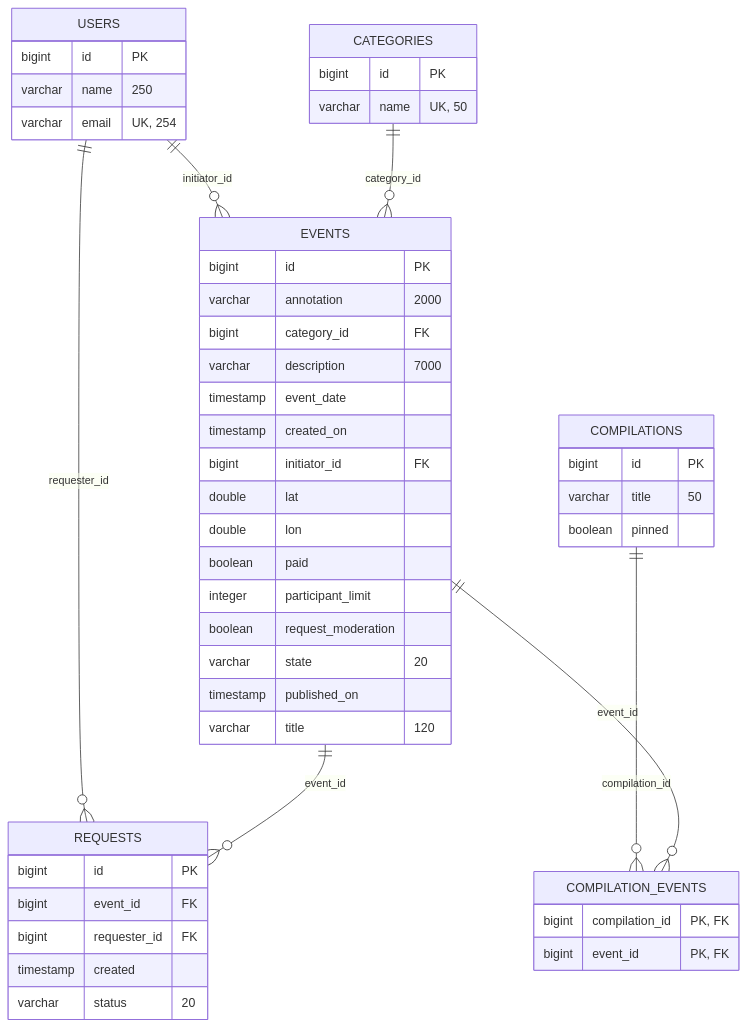
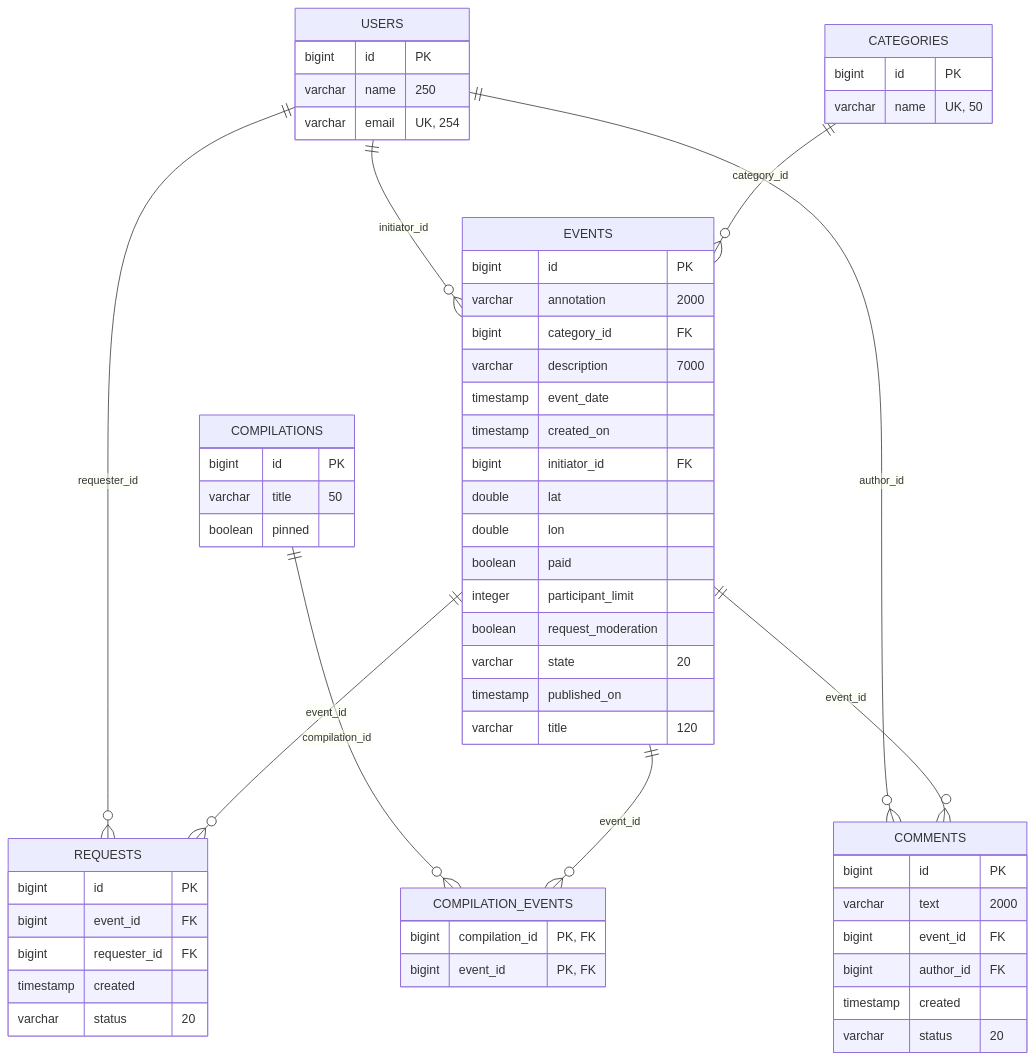
The first of 2 diagrams in README.md (bratanovvv/java-explore-with-me-plus), drawn with Mermaid before and after one commit. The commit also changed other lines of this file and 8 other files, not shown here.

````diff
--- a/README.md
+++ b/README.md
@@ -20,57 +20,68 @@
 ```mermaid
 erDiagram
     USERS ||--o{ EVENTS : "initiator_id"
     CATEGORIES ||--o{ EVENTS : "category_id"
     USERS ||--o{ REQUESTS : "requester_id"
     EVENTS ||--o{ REQUESTS : "event_id"
     COMPILATIONS ||--o{ COMPILATION_EVENTS : "compilation_id"
     EVENTS ||--o{ COMPILATION_EVENTS : "event_id"
+    USERS ||--o{ COMMENTS : "author_id"
+    EVENTS ||--o{ COMMENTS : "event_id"
 
     USERS {
         bigint id "PK"
         varchar name "250"
         varchar email "UK, 254"
     }
 
     CATEGORIES {
         bigint id "PK"
         varchar name "UK, 50"
     }
 
     EVENTS {
         bigint id "PK"
         varchar annotation "2000"
         bigint category_id "FK"
         varchar description "7000"
         timestamp event_date
         timestamp created_on
         bigint initiator_id "FK"
         double lat
         double lon
         boolean paid
         integer participant_limit
         boolean request_moderation
         varchar state "20"
         timestamp published_on
         varchar title "120"
     }
 
     REQUESTS {
         bigint id "PK"
         bigint event_id "FK"
         bigint requester_id "FK"
         timestamp created
         varchar status "20"
     }
 
     COMPILATIONS {
         bigint id "PK"
         varchar title "50"
         boolean pinned
     }
 
     COMPILATION_EVENTS {
         bigint compilation_id "PK, FK"
         bigint event_id "PK, FK"
     }
+    
+    COMMENTS {
+        bigint id "PK"
+        varchar text "2000"
+        bigint event_id "FK"
+        bigint author_id "FK"
+        timestamp created
+        varchar status "20"
+    }
 ```
````
